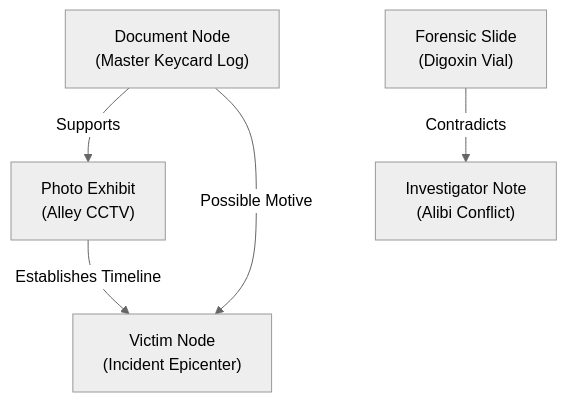
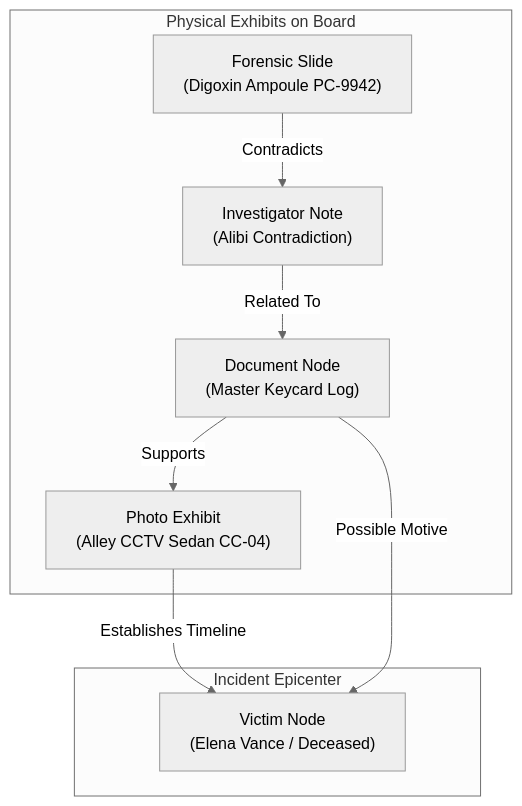
The diagram in docs/day-3.md (SidSem/casefile), drawn with Mermaid (neutral theme) before and after one commit. The commit also changed other lines of this file and 2 other files, not shown here.

Commit message:
Day 3: Physical evidence board, interactive canvas, and custom node system

````diff
--- a/docs/day-3.md
+++ b/docs/day-3.md
@@ -27,13 +33,19 @@
 ```mermaid
 graph TD
-    Victim["Victim Node<br/>(Incident Epicenter)"]
-    Photo1["Photo Exhibit<br/>(Alley CCTV)"]
-    Doc1["Document Node<br/>(Master Keycard Log)"]
-    Forensic1["Forensic Slide<br/>(Digoxin Vial)"]
-    Note1["Investigator Note<br/>(Alibi Conflict)"]
+    subgraph Epicenter ["Incident Epicenter"]
+        Victim["Victim Node<br/>(Elena Vance / Deceased)"]
+    end
+
+    subgraph Clues ["Physical Exhibits on Board"]
+        Photo1["Photo Exhibit<br/>(Alley CCTV Sedan CC-04)"]
+        Doc1["Document Node<br/>(Master Keycard Log)"]
+        Forensic1["Forensic Slide<br/>(Digoxin Ampoule PC-9942)"]
+        Note1["Investigator Note<br/>(Alibi Contradiction)"]
+    end
 
     Photo1 -- "Establishes Timeline" --> Victim
     Doc1 -- "Supports" --> Photo1
     Forensic1 -- "Contradicts" --> Note1
     Doc1 -- "Possible Motive" --> Victim
+    Note1 -- "Related To" --> Doc1
 ```
````
